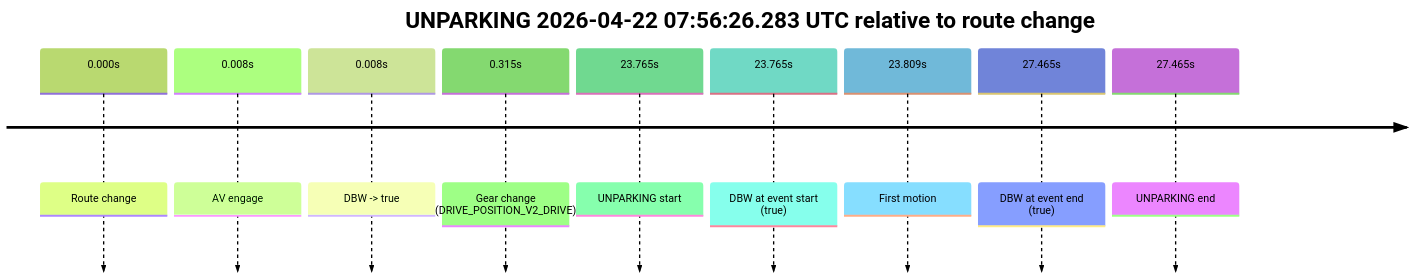
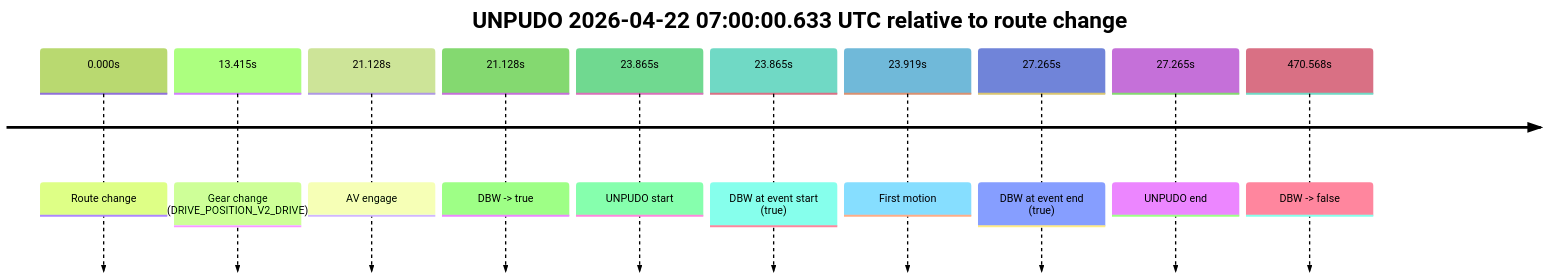
Before and after one commit to yoelshapiro/vault: the first of 2 diagrams in model_analysis/report_cards/2026/04/Week-4/fme20009--2026-04-22--06-53-35--gen2-av-2fa6d6c6-d319-4356-857a-08301054e662.md, drawn with Mermaid (forest theme). The commit also changed other lines of this file and 53 other files, not shown here.

````diff
--- a/model_analysis/report_cards/2026/04/Week-4/fme20009--2026-04-22--06-53-35--gen2-av-2fa6d6c6-d319-4356-857a-08301054e662.md
+++ b/model_analysis/report_cards/2026/04/Week-4/fme20009--2026-04-22--06-53-35--gen2-av-2fa6d6c6-d319-4356-857a-08301054e662.md
@@ -42,13 +43,14 @@
 ```mermaid
 timeline
-    title UNPARKING 2026-04-22 07:56:26.283 UTC relative to route change
+    title UNPUDO 2026-04-22 07:00:00.633 UTC relative to route change
     0.000s : Route change
-    0.008s : AV engage
-    0.008s : DBW -> true
-    0.315s : Gear change (DRIVE_POSITION_V2_DRIVE)
-    23.765s : UNPARKING start
-    23.765s : DBW at event start (true)
-    23.809s : First motion
-    27.465s : DBW at event end (true)
-    27.465s : UNPARKING end
+    13.415s : Gear change (DRIVE_POSITION_V2_DRIVE)
+    21.128s : AV engage
+    21.128s : DBW -> true
+    23.865s : UNPUDO start
+    23.865s : DBW at event start (true)
+    23.919s : First motion
+    27.265s : DBW at event end (true)
+    27.265s : UNPUDO end
+    470.568s : DBW -> false
 ```
````
